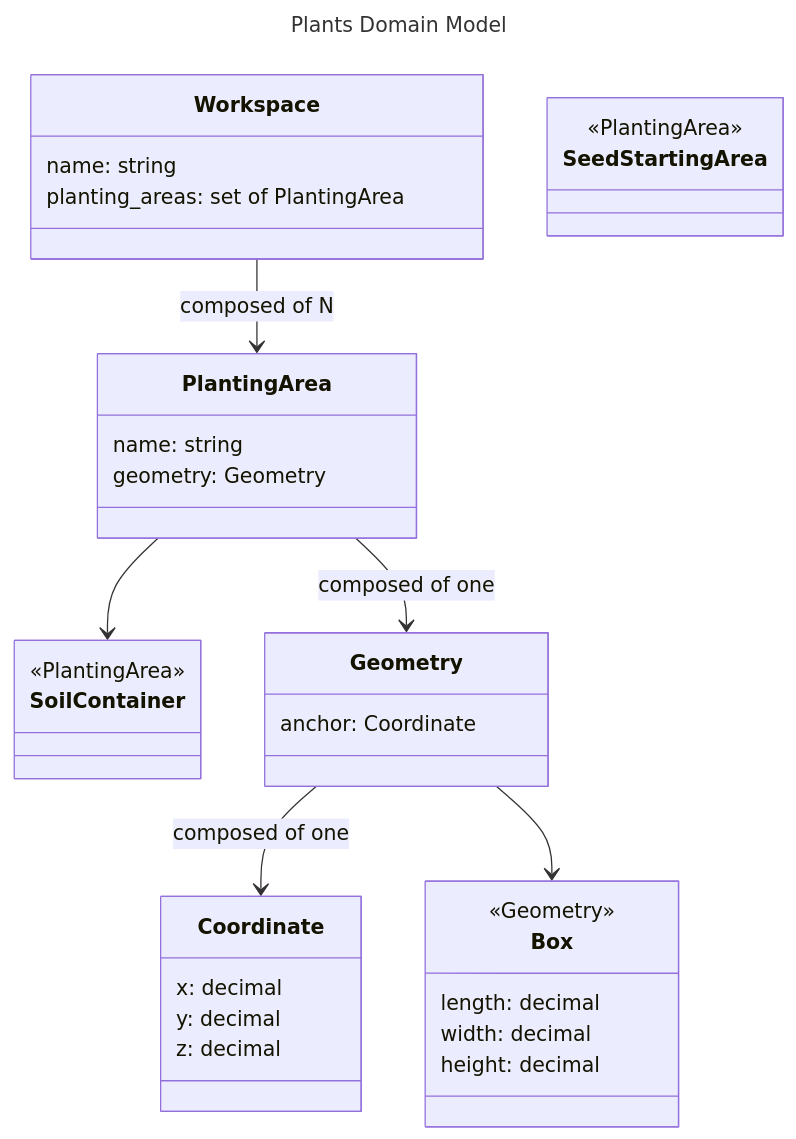
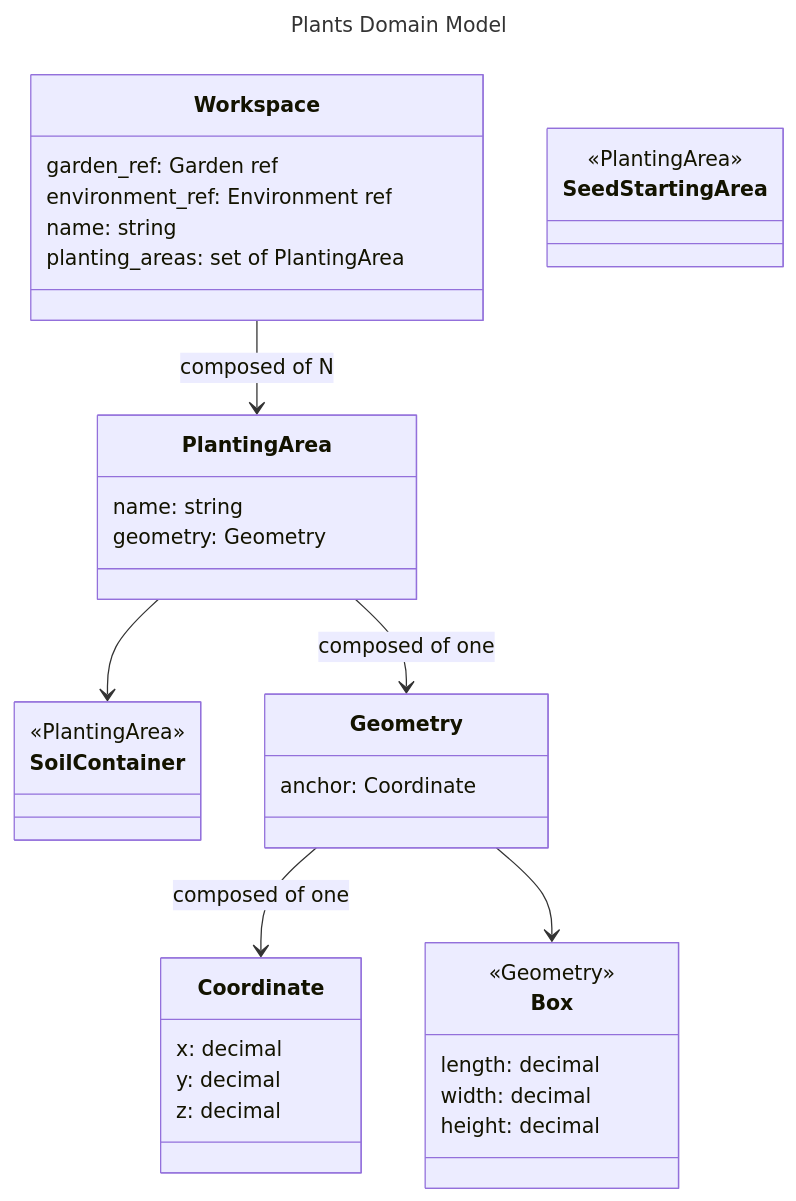
The diagram in workspaces/models.md (VerdanTech/VerdanTech-Outline), drawn with Mermaid before and after one commit. The commit also changed 2 other files, not shown here.

Commit message:
Updates gardens and users

````diff
--- a/workspaces/models.md
+++ b/workspaces/models.md
@@ -3,42 +3,44 @@
 ```mermaid
 ---
 title: Plants Domain Model
 ---
 classDiagram
 
     Workspace --> PlantingArea : composed of N
     PlantingArea --> SoilContainer
     PlantingArea --> Geometry : composed of one
     Geometry --> Coordinate: composed of one
     Geometry --> Box
 
     class Workspace{
+        garden_ref: Garden ref
+        environment_ref: Environment ref
         name: string
         planting_areas: set of PlantingArea
     }
     class PlantingArea{
         name: string
         geometry: Geometry
     }
     class SoilContainer{
         <<PlantingArea>>
     }
     class SeedStartingArea{
         <<PlantingArea>>
     }
     class Geometry{
         anchor: Coordinate
     }
     class Coordinate{
         x: decimal
         y: decimal
         z: decimal
     }
     class Box{
         <<Geometry>>
         length: decimal
         width: decimal
         height: decimal
     }
 
 ```
````
